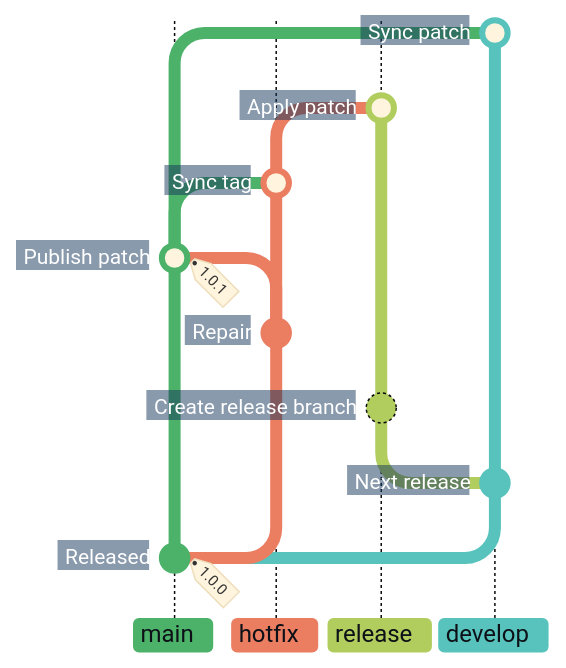
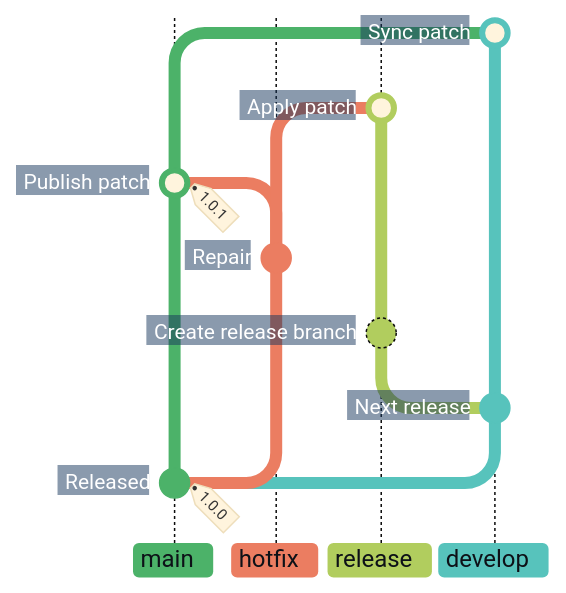
The second of 3 diagrams in docs/adr/cicd.md (superhero/operations.superduper.solutions), drawn with Mermaid before and after one commit. The commit also changed other lines of this file, not shown here.

Commit message:
docs: omit tag synchronization from the hotfix overview

````diff
--- a/docs/adr/cicd.md
+++ b/docs/adr/cicd.md
@@ -87,27 +86,25 @@
 ```mermaid
 %%{init: {"theme": "base", "themeCSS": "line.branch { stroke: #8B949E; stroke-width: 1px; stroke-dasharray: 1 4; stroke-linecap: round; } .branchLabel, .tag-label { font-weight: 700; } .tag-label-bkg, .commit-label-bkg { opacity: 0.9; } .tag-label-bkg { fill: #B8E6C4; stroke: #8ED3A2; } .branchLabelBkg { opacity: 1; clip-path: inset(0 8px 0 0 round 4px) fill-box; } .commit-labels g:last-of-type { visibility: hidden; } .commit-labels g { transform-box: fill-box; transform-origin: calc(100% + 17px) calc(50% + 2px); transform: rotate(-10deg); } .commit-label { font-weight: 700; transform: translateX(-8px); } .commit-label-bkg { stroke: #17365D; stroke-width: 20px; transform: translateX(-5px); clip-path: polygon(-4px -4px, calc(100% + 4px) -4px, calc(100% + 10px) 50%, calc(100% + 4px) calc(100% + 4px), -4px calc(100% + 4px)) fill-box; } .commit.branch { stroke: #B1CD5E; stroke-dasharray: none; }", "gitGraph": {"showCommitLabel": true, "rotateCommitLabel": false}, "themeVariables": {
     "commitLabelFontSize": "14px", "commitLabelColor": "#FFFFFF", "commitLabelBackground": "#17365D",
     "git0": "#4CB269", "gitBranchLabel0": "#0D1117",
     "git1": "#EB7D61", "gitBranchLabel1": "#0D1117",
     "git2": "#B1CD5E", "gitBranchLabel2": "#0D1117",
     "git3": "#57C3BC", "gitBranchLabel3": "#0D1117"
 }}}%%
 gitGraph BT:
     %% In BT order, the initial commit note is the last label group; its tag stays visible.
     commit id: "Released" tag: "1.0.0"
     branch develop order: 3
     commit id: "Next release"
     branch "release" order: 2
     commit id: "Create release branch"
     checkout main
     branch "hotfix" order: 1
     commit id: "Repair"
     checkout main
     merge "hotfix" id: "Publish patch" tag: "1.0.1"
-    checkout "hotfix"
-    merge main id: "Sync tag"
     checkout "release"
     merge "hotfix" id: "Apply patch"
     checkout develop
     merge main id: "Sync patch"
 ```
````
